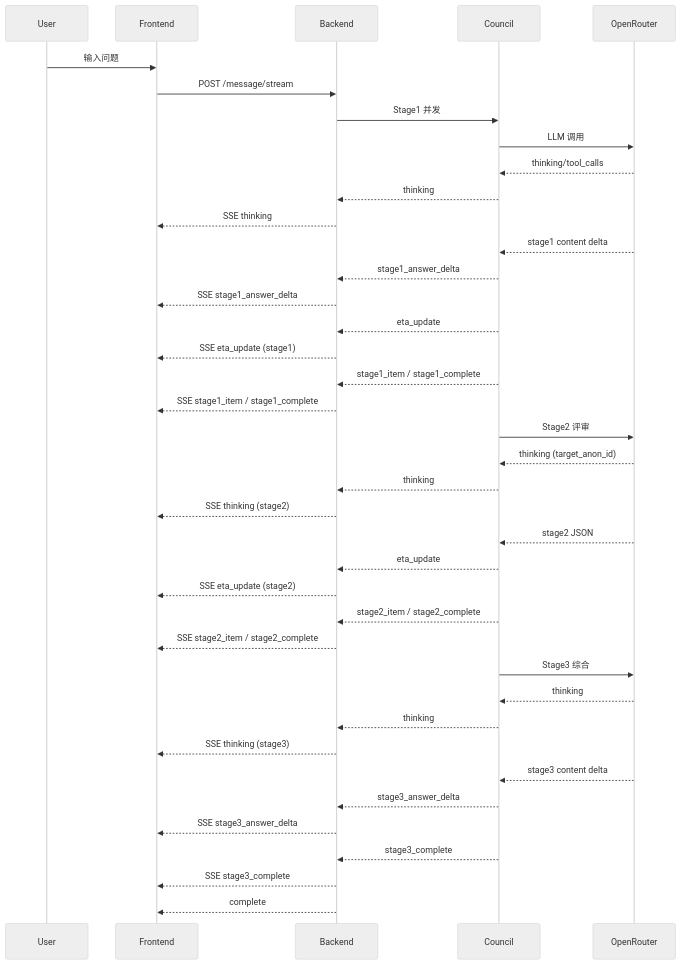
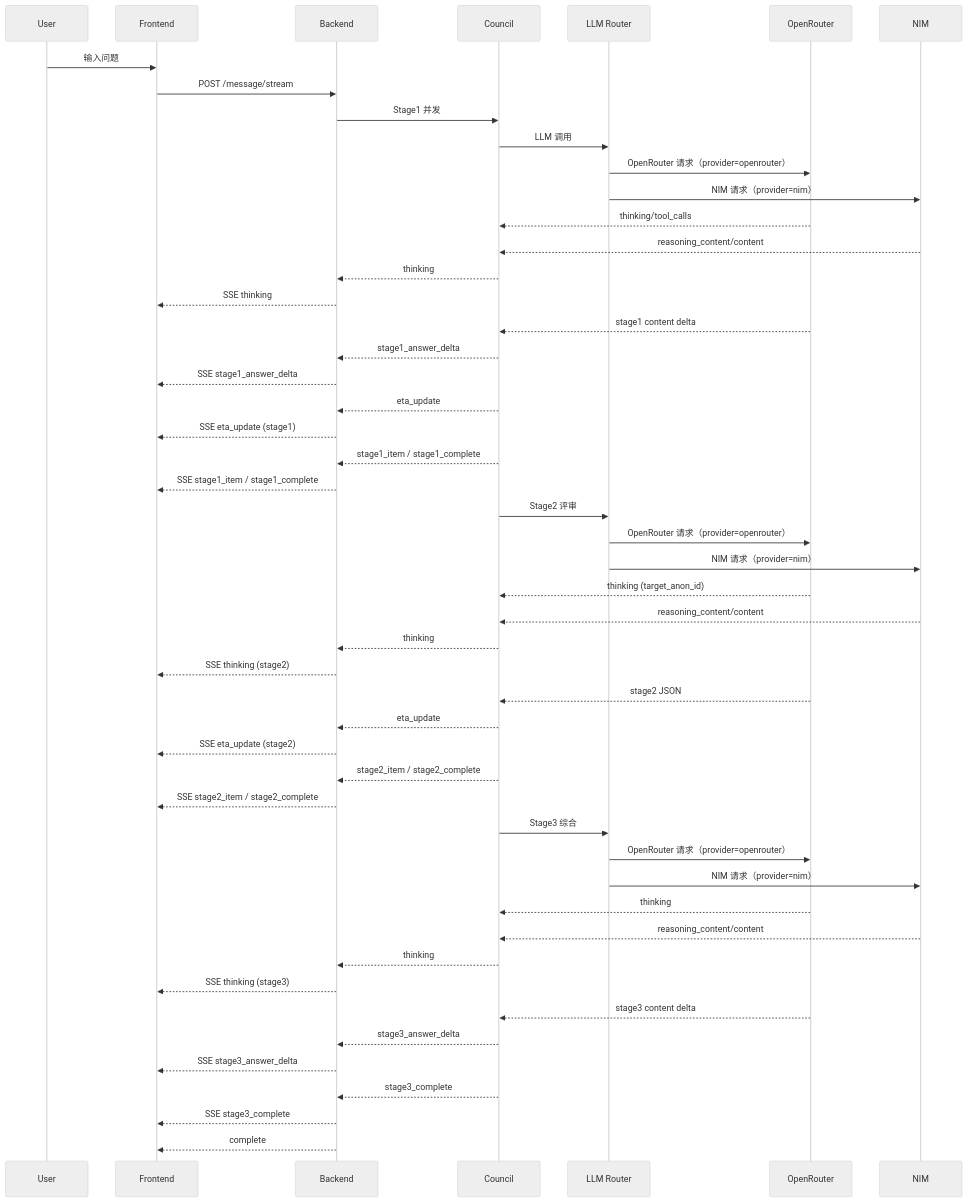
Before and after one commit to JGPliskin/llm_council_sentinel: the second of 2 diagrams in docs/Architecture.md, drawn with Mermaid (neutral theme). The commit also changed other lines of this file and 16 other files, not shown here.

````diff
--- a/docs/Architecture.md
+++ b/docs/Architecture.md
@@ -111,51 +133,62 @@
 ```mermaid
 sequenceDiagram
     participant U as User
     participant FE as Frontend
     participant BE as Backend
     participant C as Council
+    participant R as LLM Router
     participant OR as OpenRouter
+    participant NIM as NIM
 
     U->>FE: 输入问题
     FE->>BE: POST /message/stream
     BE->>C: Stage1 并发
-    C->>OR: LLM 调用
+    C->>R: LLM 调用
+    R->>OR: OpenRouter 请求（provider=openrouter）
+    R->>NIM: NIM 请求（provider=nim）
     OR-->>C: thinking/tool_calls
+    NIM-->>C: reasoning_content/content
     C-->>BE: thinking
     BE-->>FE: SSE thinking
 
     OR-->>C: stage1 content delta
     C-->>BE: stage1_answer_delta
     BE-->>FE: SSE stage1_answer_delta
 
     C-->>BE: eta_update
     BE-->>FE: SSE eta_update (stage1)
 
     C-->>BE: stage1_item / stage1_complete
     BE-->>FE: SSE stage1_item / stage1_complete
 
-    C->>OR: Stage2 评审
+    C->>R: Stage2 评审
+    R->>OR: OpenRouter 请求（provider=openrouter）
+    R->>NIM: NIM 请求（provider=nim）
     OR-->>C: thinking (target_anon_id)
+    NIM-->>C: reasoning_content/content
     C-->>BE: thinking
     BE-->>FE: SSE thinking (stage2)
 
     OR-->>C: stage2 JSON
     C-->>BE: eta_update
     BE-->>FE: SSE eta_update (stage2)
 
     C-->>BE: stage2_item / stage2_complete
     BE-->>FE: SSE stage2_item / stage2_complete
 
-    C->>OR: Stage3 综合
+    C->>R: Stage3 综合
+    R->>OR: OpenRouter 请求（provider=openrouter）
+    R->>NIM: NIM 请求（provider=nim）
     OR-->>C: thinking
+    NIM-->>C: reasoning_content/content
     C-->>BE: thinking
     BE-->>FE: SSE thinking (stage3)
 
     OR-->>C: stage3 content delta
     C-->>BE: stage3_answer_delta
     BE-->>FE: SSE stage3_answer_delta
 
     C-->>BE: stage3_complete
     BE-->>FE: SSE stage3_complete
     BE-->>FE: complete
 ```
````
